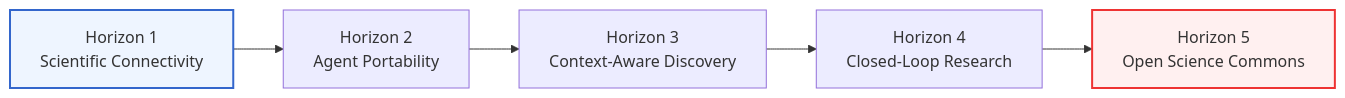
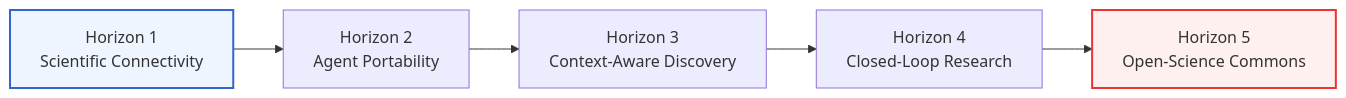
Before and after one commit to LJLJ111/open-science: the first of 2 diagrams in ROADMAP.md, drawn with Mermaid. The commit also changed other lines of this file and 600 other files, not shown here.

````diff
--- a/ROADMAP.md
+++ b/ROADMAP.md
@@ -24,10 +24,10 @@
 ```mermaid
 flowchart LR
     H1["Horizon 1<br/>Scientific Connectivity"] --> H2["Horizon 2<br/>Agent Portability"]
     H2 --> H3["Horizon 3<br/>Context-Aware Discovery"]
     H3 --> H4["Horizon 4<br/>Closed-Loop Research"]
-    H4 --> H5["Horizon 5<br/>Open Science Commons"]
+    H4 --> H5["Horizon 5<br/>Open-Science Commons"]
 
     style H1 fill:#eef5ff,stroke:#3366cc,stroke-width:2px
     style H5 fill:#fff0f0,stroke:#e33,stroke-width:2px
 ```
````
